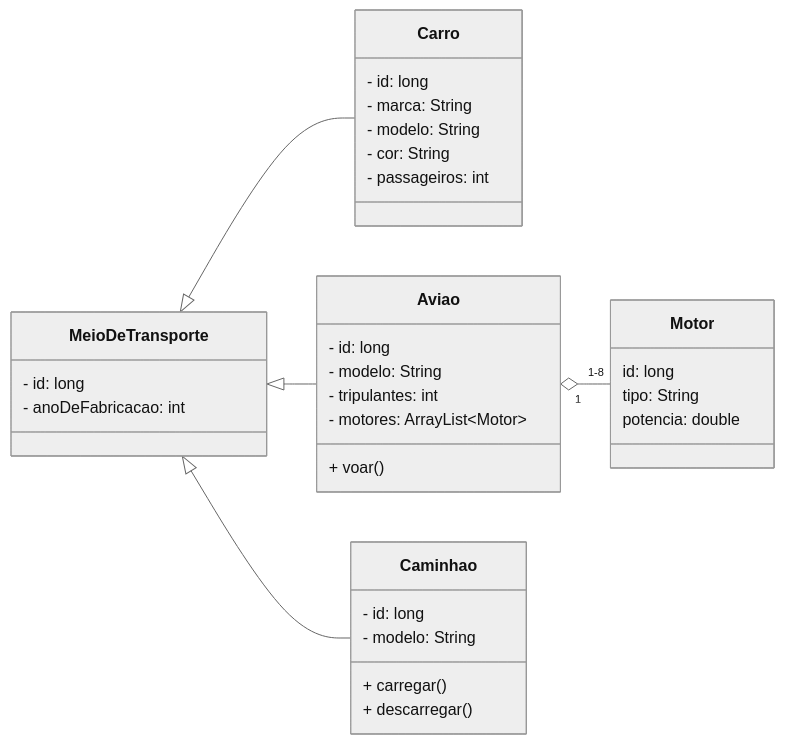
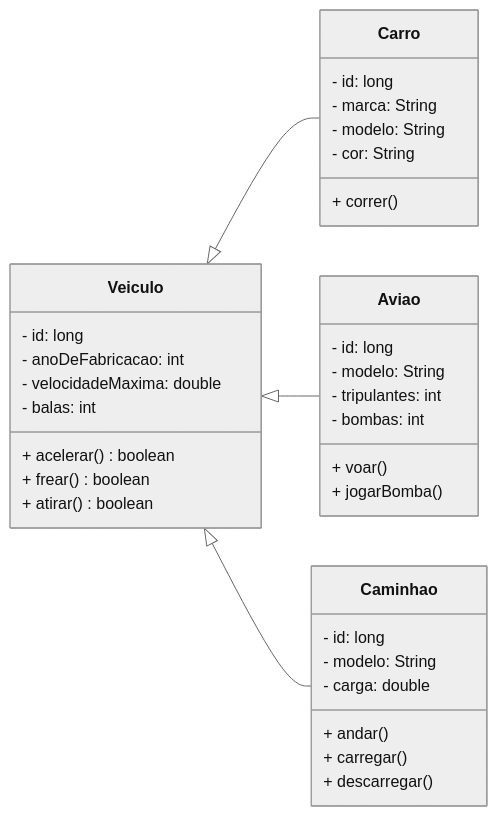
One commit to lucasgch/POO changed the third of 4 diagrams in aulas/2026-10-14/readme.md. Above: the diagram before and after it, drawn with Mermaid (neutral theme). The commit also changed other lines of this file, not shown here.

Commit message:
Atualiza modelagem das classes

````diff
--- a/aulas/2026-10-14/readme.md
+++ b/aulas/2026-10-14/readme.md
@@ -150,44 +157,45 @@
 ```mermaid
     classDiagram
         direction LR
         
-        class MeioDeTransporte{
+        class Veiculo {
             - id: long
             - anoDeFabricacao: int
+            - velocidadeMaxima: double
+            - balas: int
+            + acelerar() boolean
+            + frear() boolean
+            + atirar() boolean
         }      
         
         class Carro {
             - id: long
             - marca: String
             - modelo: String
-            - cor: String 
-            - passageiros: int
+            - cor: String
+            + correr()
         }
         
         class Aviao{
            - id: long
            - modelo: String
            - tripulantes: int
-           - motores: ArrayList~Motor~
+           - bombas: int
            + voar()
+           + jogarBomba()
         }
         
         class Caminhao {
             - id: long
             - modelo: String
+            - carga: double
+            + andar()
             + carregar()
             + descarregar()
+            
         }
-        
-        class Motor {
-            id: long
-            tipo: String
-            potencia: double
-        }
-        
-        MeioDeTransporte <|-- Carro
-        MeioDeTransporte <|-- Aviao
-        MeioDeTransporte <|-- Caminhao
-        
-        Aviao "1" o-- "1-8" Motor
+
+        Veiculo <|-- Carro
+        Veiculo <|-- Aviao
+        Veiculo <|-- Caminhao
 ```
````
